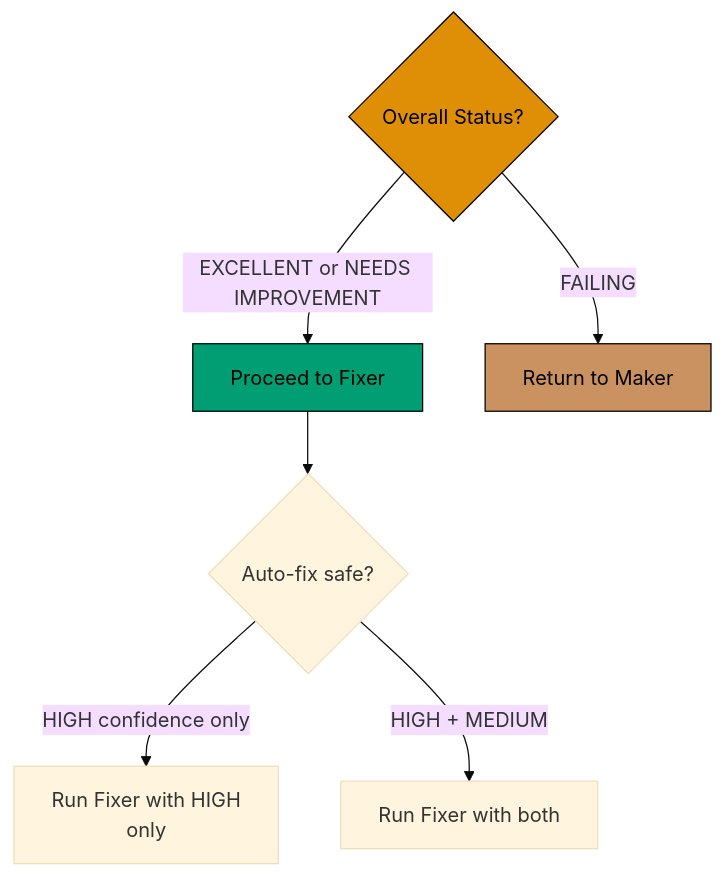
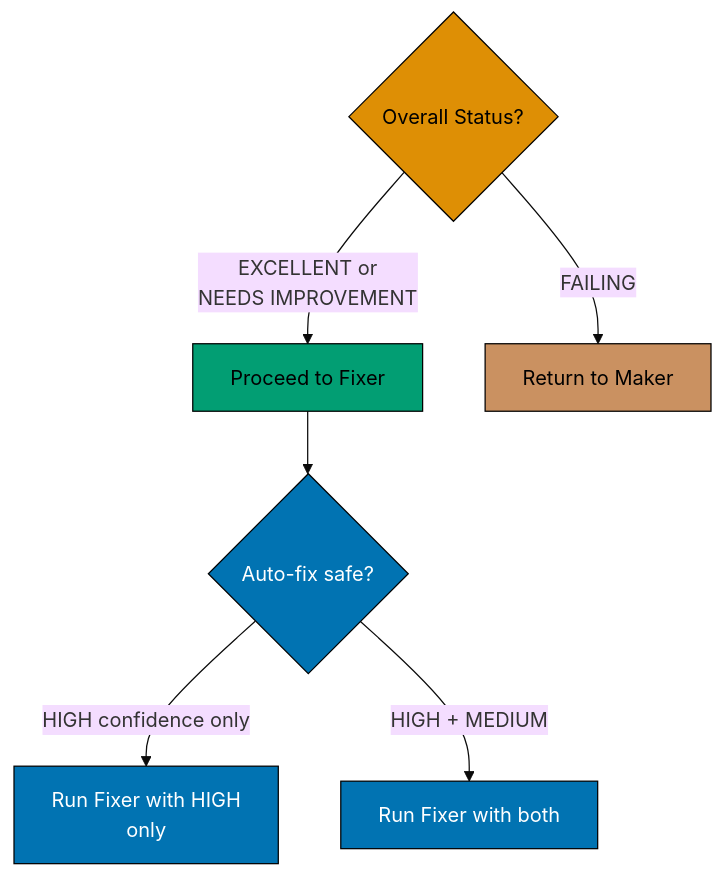
Before and after one commit to wahidyankf/ose-public: the diagram in repo-governance/workflows/ayokoding-web/ayokoding-web-annotated-concept-quality-gate/step-3-user-review.md, drawn with Mermaid (base theme). The commit also changed 220 other files, not shown here.

First line of the commit message:
docs: split mermaid labels to 20 graphemes and add palette defaults

````diff
--- a/repo-governance/workflows/ayokoding-web/ayokoding-web-annotated-concept-quality-gate/step-3-user-review.md
+++ b/repo-governance/workflows/ayokoding-web/ayokoding-web-annotated-concept-quality-gate/step-3-user-review.md
@@ -41,19 +41,20 @@
 ```mermaid
 graph TD
-    accTitle: 3. User Review (Manual Decision Point)
+    accTitle: 3. User Review — Manual Decision Point
     accDescr: Overall Status? leads to Proceed to Fixer via EXCELLENT or NEEDS IMPROVEMENT; Overall Status? leads to Return to Maker via FAILING; Proceed to Fixer leads to Auto-fix safe?; and 2 more links.
     A{Overall Status?}
-    A -->|EXCELLENT or NEEDS IMPROVEMENT| B[Proceed to Fixer]
+    A -->|EXCELLENT or<br/>NEEDS IMPROVEMENT| B[Proceed to Fixer]
     A -->|FAILING| C[Return to Maker]
 
     B --> D{Auto-fix safe?}
     D -->|HIGH confidence only| E[Run Fixer with HIGH<br/>only]
     D -->|HIGH + MEDIUM| F[Run Fixer with both]
 
     classDef orange fill:#DE8F05,stroke:#000000,color:#000000
     classDef teal fill:#029E73,stroke:#000000,color:#000000
     classDef brown fill:#CA9161,stroke:#000000,color:#000000
     class A orange
     class B teal
     class C brown
+    classDef default fill:#0173B2,stroke:#000000,color:#FFFFFF
 ```
````
